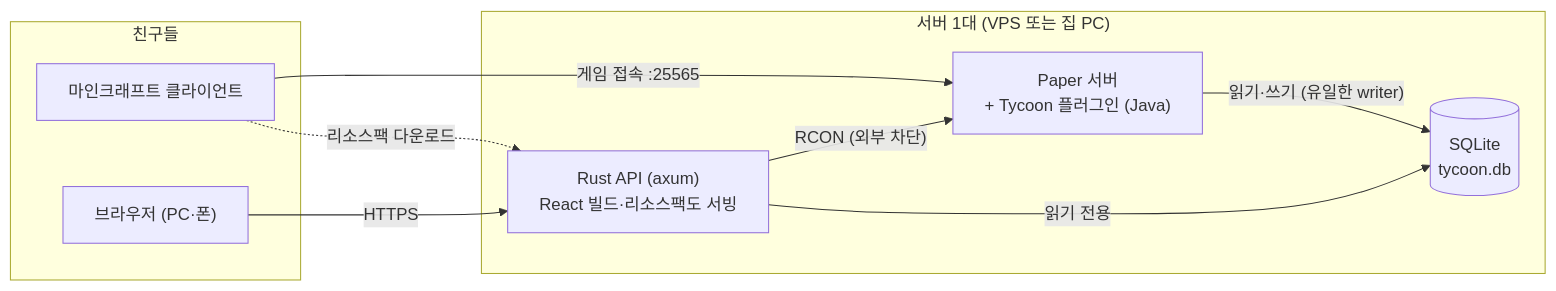
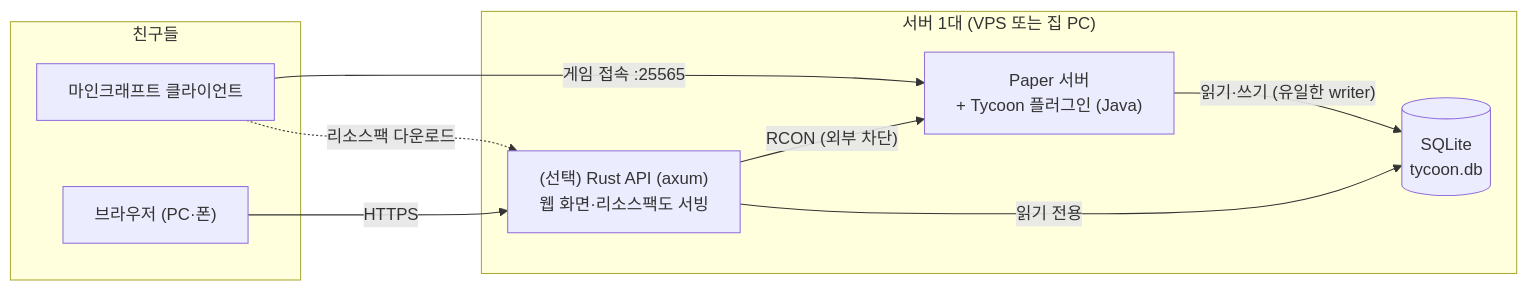
Before and after one commit to zax9090/test: the first of 2 diagrams in tycoon/PLAN.md, drawn with Mermaid. The commit also changed other lines of this file, not shown here.

First line of the commit message:
Plan around REA as the reverse-engineering MCP, not React

````diff
--- a/tycoon/PLAN.md
+++ b/tycoon/PLAN.md
@@ -154,18 +184,18 @@
 ```mermaid
 flowchart LR
   subgraph clients["친구들"]
     MC["마인크래프트 클라이언트"]
     BR["브라우저 (PC·폰)"]
   end
   subgraph host["서버 1대 (VPS 또는 집 PC)"]
     PAPER["Paper 서버<br/>+ Tycoon 플러그인 (Java)"]
     DB[("SQLite<br/>tycoon.db")]
-    API["Rust API (axum)<br/>React 빌드·리소스팩도 서빙"]
+    API["(선택) Rust API (axum)<br/>웹 화면·리소스팩도 서빙"]
   end
   MC -->|"게임 접속 :25565"| PAPER
   MC -.->|"리소스팩 다운로드"| API
   BR -->|"HTTPS"| API
   PAPER -->|"읽기·쓰기 (유일한 writer)"| DB
   API -->|"읽기 전용"| DB
   API -->|"RCON (외부 차단)"| PAPER
 ```
````
